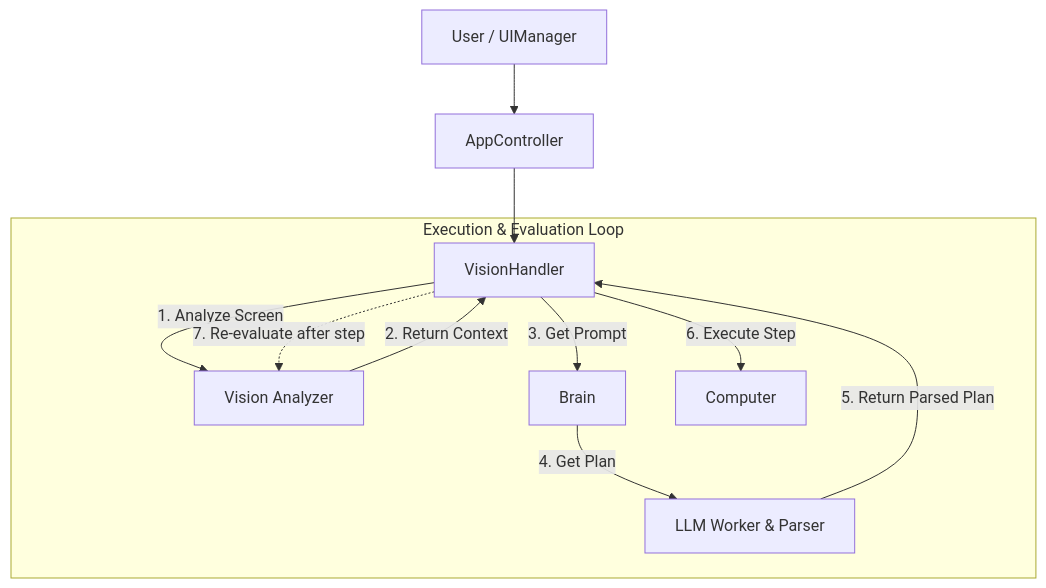
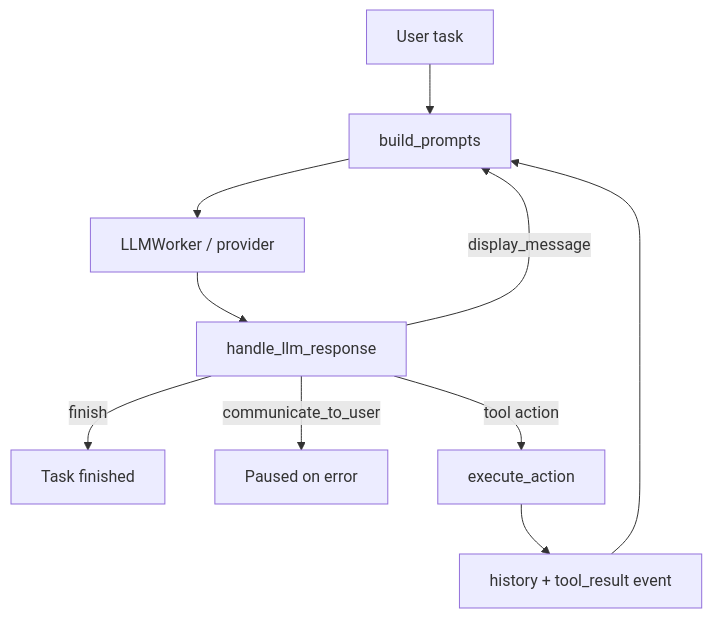
One commit to AIgrator/Logos changed the diagram in docs/system_architecture.md. Above: the diagram before and after it, drawn with Mermaid. The commit also changed other lines of this file and 11 other files, not shown here.

First line of the commit message:
Rewrite docs for the current agent-based architecture

````diff
--- a/docs/system_architecture.md
+++ b/docs/system_architecture.md
@@ -36,16 +62,12 @@
 ```mermaid
 graph TD
-    A[User / UIManager] --> B[AppController]
-    B --> C[VisionHandler]
-
-    subgraph "Execution & Evaluation Loop"
-        C -- "1. Analyze Screen" --> D[Vision Analyzer]
-        D -- "2. Return Context" --> C
-        C -- "3. Get Prompt" --> E[Brain]
-        E -- "4. Get Plan" --> F[LLM Worker & Parser]
-        F -- "5. Return Parsed Plan" --> C
-        C -- "6. Execute Step" --> G[Computer]
-    end
-
-    C -.-> |"7. Re-evaluate after step"| D
+    A[User task] --> B[build_prompts]
+    B --> C[LLMWorker / provider]
+    C --> D[handle_llm_response]
+    D -->|finish| E[Task finished]
+    D -->|communicate_to_user| F[Paused on error]
+    D -->|display_message| B
+    D -->|tool action| G[execute_action]
+    G --> H[history + tool_result event]
+    H --> B
 ```
````
